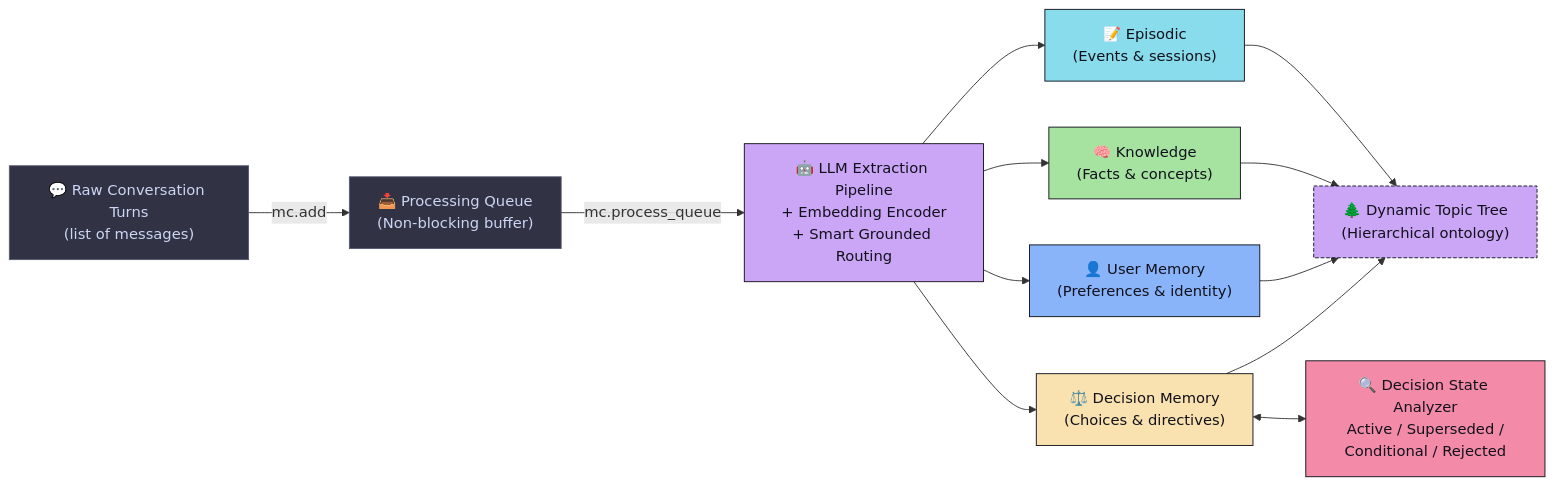
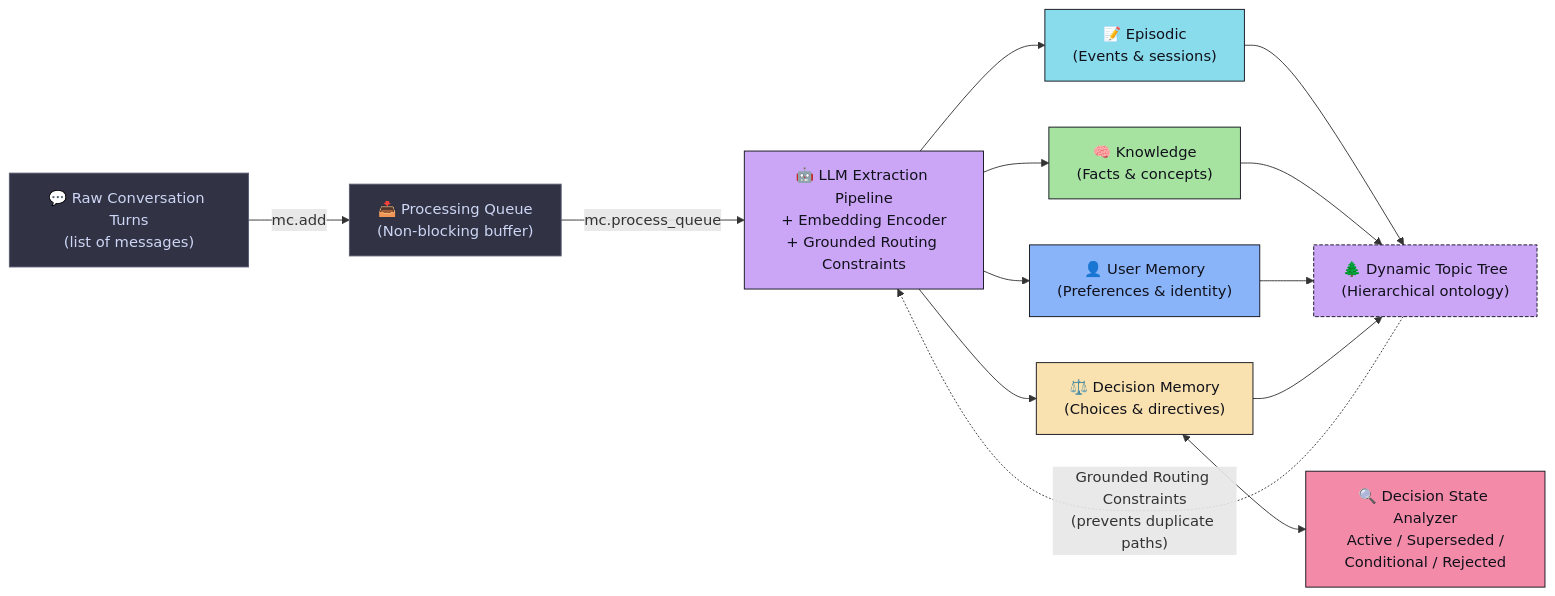
Before and after one commit to faisalhussain-devs/MindCache: the first of 3 diagrams in README.md, drawn with Mermaid. The commit also changed other lines of this file and 3 other files, not shown here.

````diff
--- a/README.md
+++ b/README.md
@@ -55,29 +55,30 @@
 ```mermaid
 flowchart LR
     classDef queue    fill:#313244,color:#cdd6f4,stroke:#585b70
     classDef llm      fill:#cba6f7,color:#11111b,stroke:#11111b
     classDef episodic fill:#89dceb,color:#11111b,stroke:#11111b
     classDef know     fill:#a6e3a1,color:#11111b,stroke:#11111b
     classDef user     fill:#89b4fa,color:#11111b,stroke:#11111b
     classDef decision fill:#f9e2af,color:#11111b,stroke:#11111b
     classDef analyzer fill:#f38ba8,color:#11111b,stroke:#11111b
     classDef tree     fill:#cba6f7,color:#11111b,stroke:#11111b,stroke-dasharray:4 2
 
     A["💬 Raw Conversation Turns\n(list of messages)"]:::queue
     B["📥 Processing Queue\n(Non-blocking buffer)"]:::queue
-    C["🤖 LLM Extraction Pipeline\n+ Embedding Encoder\n+ Smart Grounded Routing"]:::llm
+    C["🤖 LLM Extraction Pipeline\n+ Embedding Encoder\n+ Grounded Routing Constraints"]:::llm
 
     D1["📝 Episodic\n(Events & sessions)"]:::episodic
     D2["🧠 Knowledge\n(Facts & concepts)"]:::know
     D3["👤 User Memory\n(Preferences & identity)"]:::user
     D4["⚖️ Decision Memory\n(Choices & directives)"]:::decision
     E["🔍 Decision State Analyzer\nActive / Superseded /\nConditional / Rejected"]:::analyzer
 
     F["🌲 Dynamic Topic Tree\n(Hierarchical ontology)"]:::tree
 
     A -- mc.add --> B
     B -- mc.process_queue --> C
     C --> D1 & D2 & D3 & D4
     D4 <--> E
     D1 & D2 & D3 & D4 --> F
+    F -.->|"Grounded Routing Constraints\n(prevents duplicate paths)"| C
 ```
````
